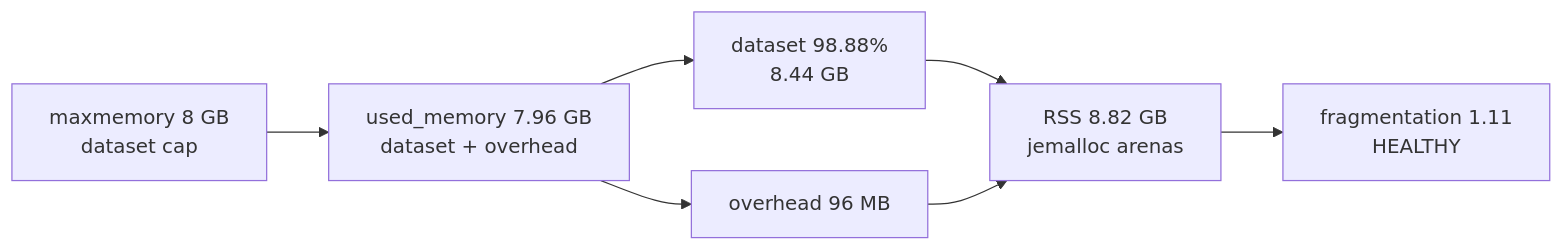
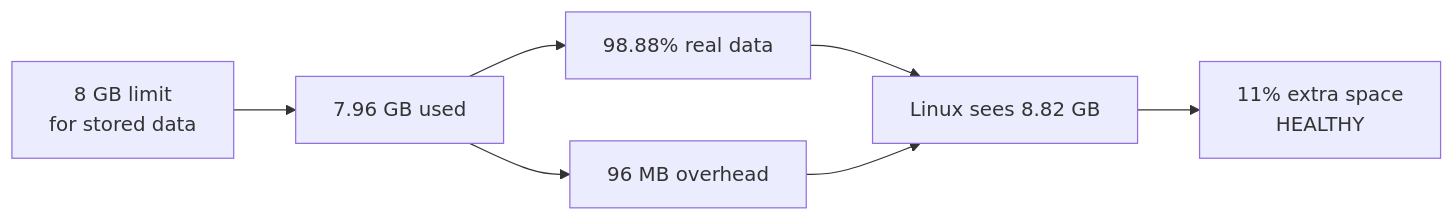
Before and after one commit to Jenium-lab/Jenium-lab.github.io: the first of 2 diagrams in blogs/redis-memory-optimization.md, drawn with Mermaid. The commit also changed other lines of this file and 2 other files, not shown here.

Commit message:
docs: simplify Redis memory blog for easier reading

````diff
--- a/blogs/redis-memory-optimization.md
+++ b/blogs/redis-memory-optimization.md
@@ -166,9 +156,9 @@
 ```mermaid
 flowchart LR
-  A["maxmemory 8 GB<br/>dataset cap"] --> B["used_memory 7.96 GB<br/>dataset + overhead"]
-  B --> C["dataset 98.88%<br/>8.44 GB"]
-  B --> D["overhead 96 MB"]
-  C --> E["RSS 8.82 GB<br/>jemalloc arenas"]
+  A["8 GB limit<br/>for stored data"] --> B["7.96 GB used"]
+  B --> C["98.88% real data"]
+  B --> D["96 MB overhead"]
+  C --> E["Linux sees 8.82 GB"]
   D --> E
-  E --> F["fragmentation 1.11<br/>HEALTHY"]
+  E --> F["11% extra space<br/>HEALTHY"]
 ```
````
